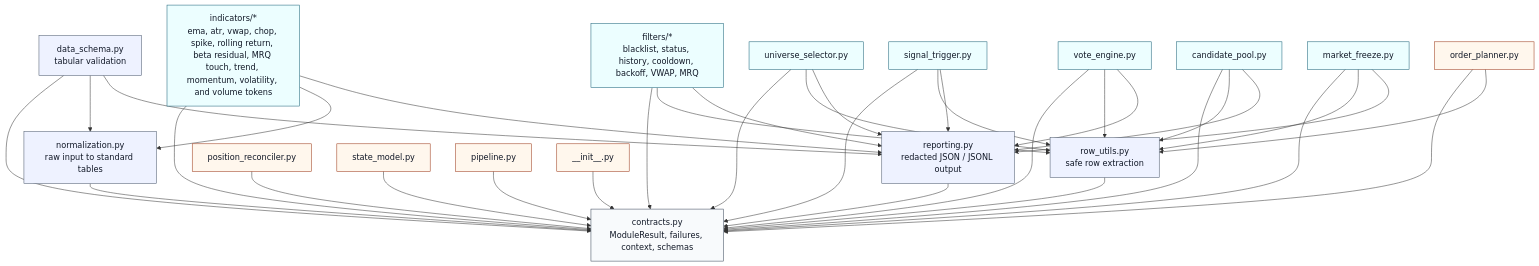
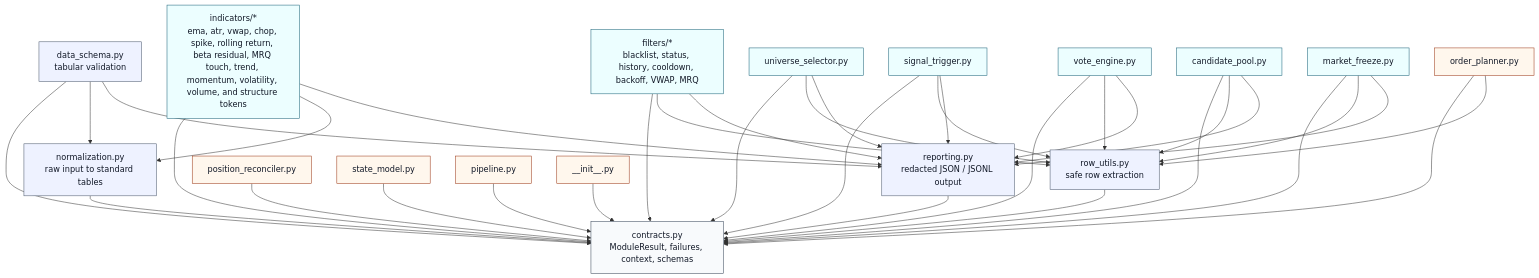
Before and after one commit to waswrsis/quant-strategy-tokenizer: the second of 2 diagrams in README.md, drawn with Mermaid. The commit also changed other lines of this file and 40 other files, not shown here.

Commit message:
Add structure indicator tokens

````diff
--- a/README.md
+++ b/README.md
@@ -151,77 +152,77 @@
 ```mermaid
 flowchart TD
     Contracts["contracts.py<br/>ModuleResult, failures, context, schemas"]
 
     Normalization["normalization.py<br/>raw input to standard tables"]
     RowUtils["row_utils.py<br/>safe row extraction"]
     Reporting["reporting.py<br/>redacted JSON / JSONL output"]
     DataSchema["data_schema.py<br/>tabular validation"]
 
-    Indicators["indicators/*<br/>ema, atr, vwap, chop, spike, rolling return, beta residual, MRQ touch, trend, momentum, volatility, and volume tokens"]
+    Indicators["indicators/*<br/>ema, atr, vwap, chop, spike, rolling return, beta residual, MRQ touch, trend, momentum, volatility, volume, and structure tokens"]
     Filters["filters/*<br/>blacklist, status, history, cooldown, backoff, VWAP, MRQ"]
 
     Universe["universe_selector.py"]
     Signals["signal_trigger.py"]
     Votes["vote_engine.py"]
     Candidates["candidate_pool.py"]
     Freeze["market_freeze.py"]
 
     Orders["order_planner.py"]
     Positions["position_reconciler.py"]
     State["state_model.py"]
     Pipeline["pipeline.py"]
     PublicAPI["__init__.py"]
 
     PublicAPI --> Contracts
 
     Normalization --> Contracts
     RowUtils --> Contracts
     Reporting --> Contracts
     DataSchema --> Contracts
     DataSchema --> Normalization
     DataSchema --> Reporting
 
     Indicators --> Contracts
     Indicators --> Normalization
     Indicators --> Reporting
 
     Filters --> Contracts
     Filters --> RowUtils
     Filters --> Reporting
 
     Universe --> Contracts
     Universe --> RowUtils
     Universe --> Reporting
 
     Signals --> Contracts
     Signals --> RowUtils
     Signals --> Reporting
 
     Votes --> Contracts
     Votes --> RowUtils
     Votes --> Reporting
 
     Candidates --> Contracts
     Candidates --> RowUtils
     Candidates --> Reporting
 
     Freeze --> Contracts
     Freeze --> RowUtils
     Freeze --> Reporting
 
     Orders --> Contracts
     Orders --> RowUtils
     Positions --> Contracts
     State --> Contracts
     Pipeline --> Contracts
 
     classDef core fill:#f8fafc,stroke:#334155,color:#111827;
     classDef helper fill:#eef2ff,stroke:#475569,color:#111827;
     classDef module fill:#ecfeff,stroke:#155e75,color:#111827;
     classDef plan fill:#fff7ed,stroke:#9a3412,color:#111827;
 
     class Contracts core;
     class Normalization,RowUtils,Reporting,DataSchema helper;
     class Indicators,Filters,Universe,Signals,Votes,Candidates,Freeze module;
     class Orders,Positions,State,Pipeline,PublicAPI plan;
 ```
````
